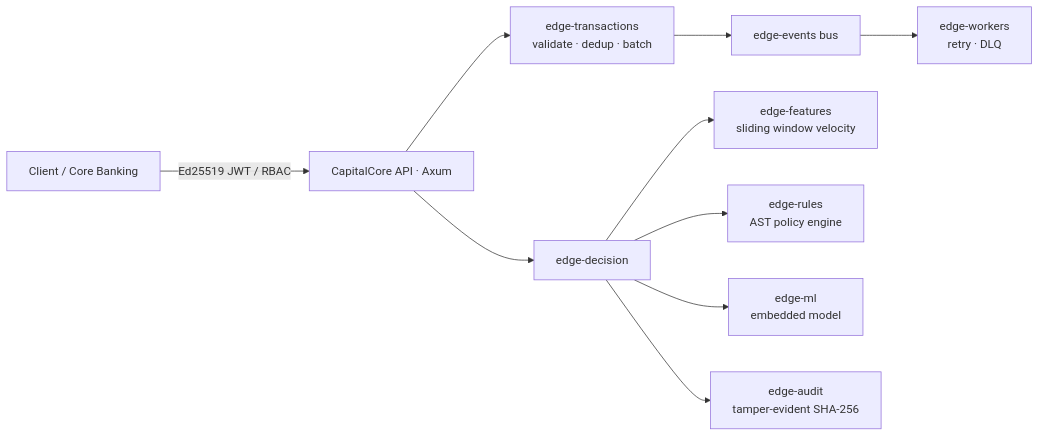
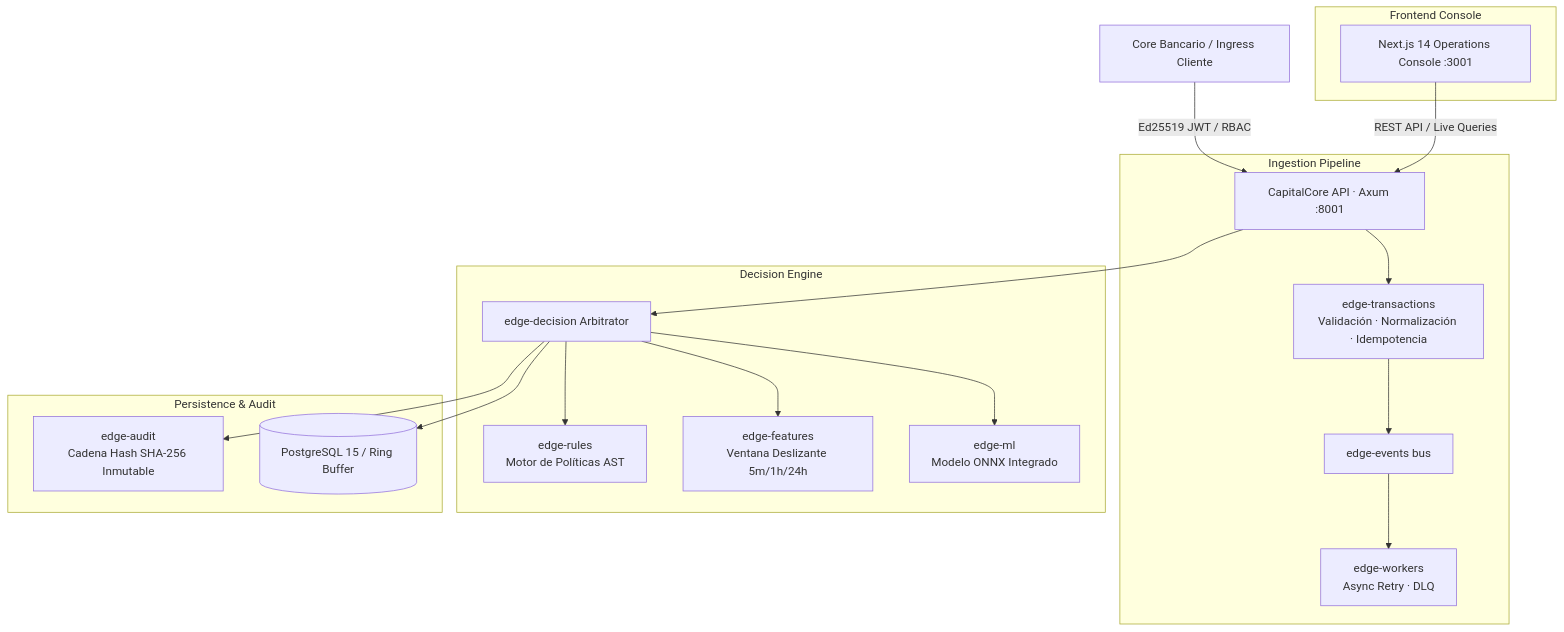
Before and after one commit to AaronAllStar/CapitalCore: the diagram in README.md, drawn with Mermaid. The commit also changed other lines of this file and 3 other files, not shown here.

Commit message:
docs: complete comprehensive review guide, fix next.config rewrite fallback and compose schema

````diff
--- a/README.md
+++ b/README.md
@@ -14,12 +38,26 @@
 ```mermaid
-graph LR
-    C[Client / Core Banking] -->|Ed25519 JWT / RBAC| API[CapitalCore API · Axum]
-    API --> T[edge-transactions<br/>validate · dedup · batch]
-    T --> E[edge-events bus]
-    E --> W[edge-workers<br/>retry · DLQ]
-    API --> D[edge-decision]
-    D --> F[edge-features<br/>sliding window velocity]
-    D --> R[edge-rules<br/>AST policy engine]
-    D --> M[edge-ml<br/>embedded model]
-    D --> A[edge-audit<br/>tamper-evident SHA-256]
+graph TD
+    Client[Core Bancario / Ingress Cliente] -->|Ed25519 JWT / RBAC| API[CapitalCore API · Axum :8001]
+    
+    subgraph Ingestion Pipeline
+        API --> Ingest[edge-transactions<br/>Validación · Normalización · Idempotencia]
+        Ingest --> EventBus[edge-events bus]
+        EventBus --> Workers[edge-workers<br/>Async Retry · DLQ]
+    end
+
+    subgraph Decision Engine
+        API --> Decision[edge-decision Arbitrator]
+        Decision --> Rules[edge-rules<br/>Motor de Políticas AST]
+        Decision --> Features[edge-features<br/>Ventana Deslizante 5m/1h/24h]
+        Decision --> ML[edge-ml<br/>Modelo ONNX Integrado]
+    end
+
+    subgraph Persistence & Audit
+        Decision --> Audit[edge-audit<br/>Cadena Hash SHA-256 Inmutable]
+        Decision --> Storage[(PostgreSQL 15 / Ring Buffer)]
+    end
+
+    subgraph Frontend Console
+        Web[Next.js 14 Operations Console :3001] -->|REST API / Live Queries| API
+    end
 ```
````
